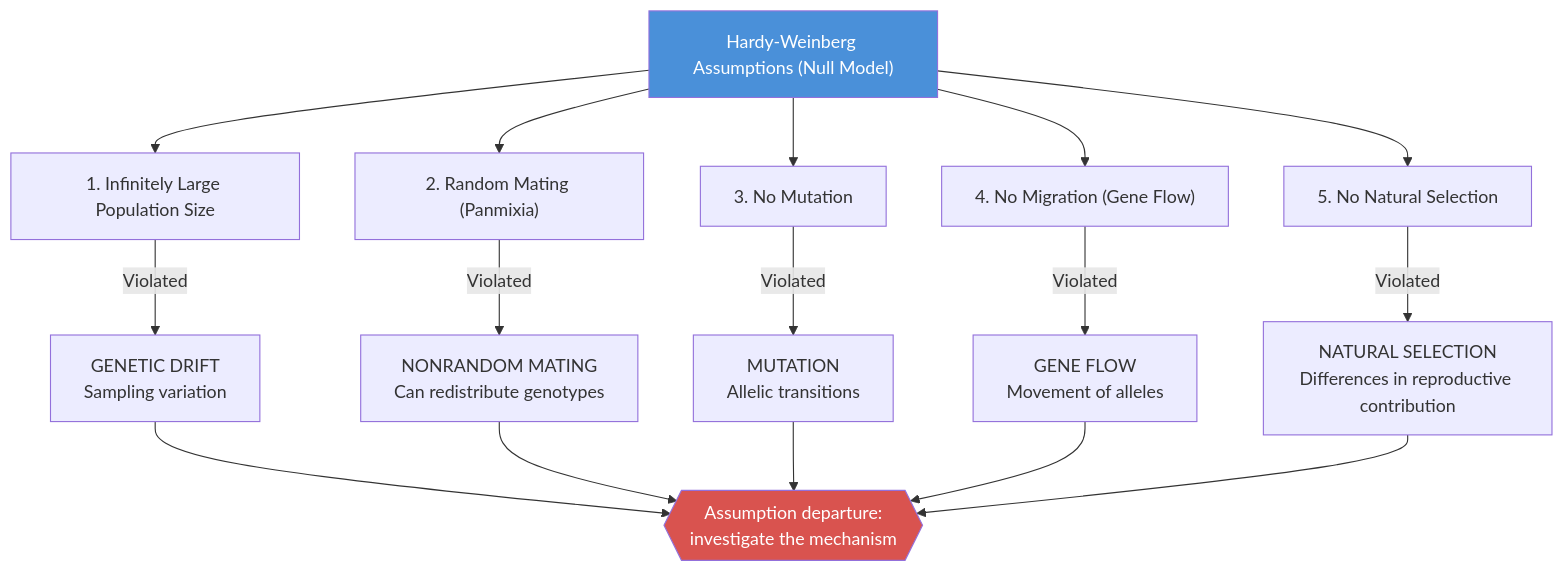
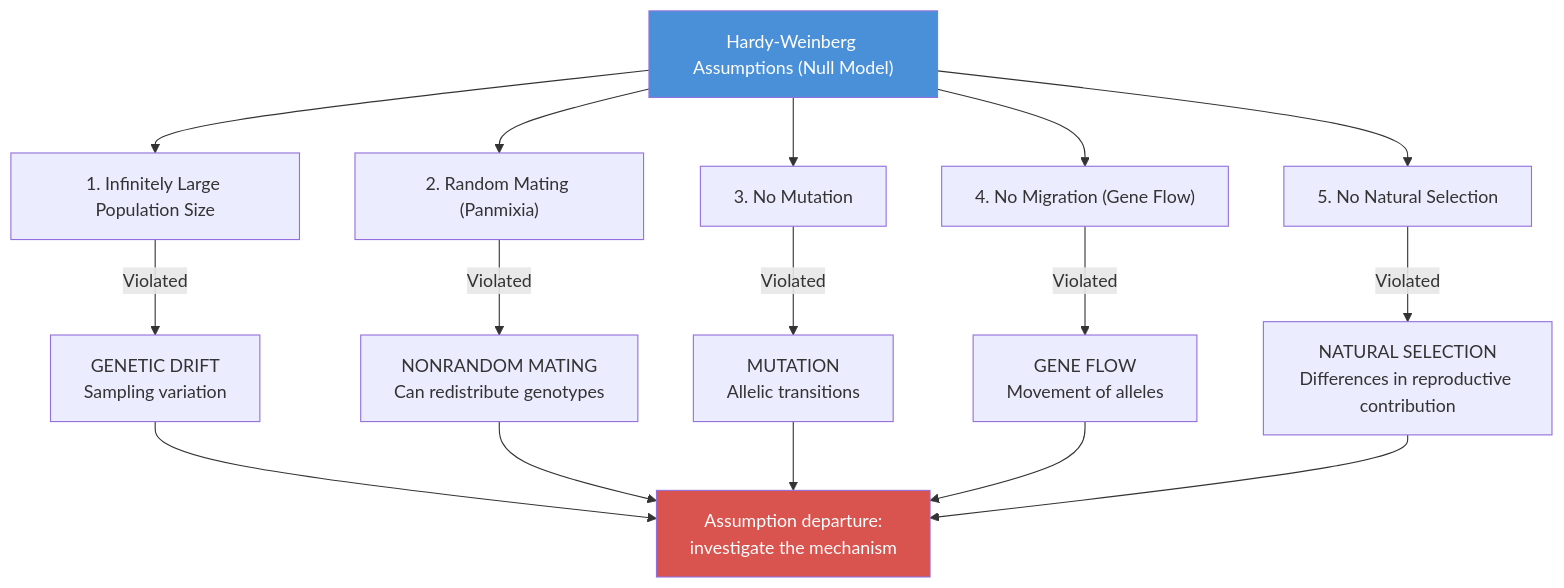
Before and after one commit to docxology/biology_textbook: the first of 4 diagrams in docs/manuscript/unit_V/population_genetics.md, drawn with Mermaid.

Commit message:
Use canonical action-node syntax for the HWE investigation graphic

````diff
--- a/docs/manuscript/unit_V/population_genetics.md
+++ b/docs/manuscript/unit_V/population_genetics.md
@@ -162,23 +162,23 @@
 ```mermaid
 flowchart TD
     A["Hardy-Weinberg Assumptions (Null Model)"] --> B["1. Infinitely Large Population Size"]
     A --> C["2. Random Mating (Panmixia)"]
     A --> D["3. No Mutation"]
     A --> E["4. No Migration (Gene Flow)"]
     A --> F["5. No Natural Selection"]
 
     B -->|Violated| G["GENETIC DRIFT<br/>Sampling variation"]
     C -->|Violated| H["NONRANDOM MATING<br/>Can redistribute genotypes"]
     D -->|Violated| I["MUTATION<br/>Allelic transitions"]
     E -->|Violated| J["GENE FLOW<br/>Movement of alleles"]
     F -->|Violated| K["NATURAL SELECTION<br/>Differences in reproductive contribution"]
 
-    G --> L{{"Assumption departure:<br/>investigate the mechanism"}}
+    G --> L["Assumption departure:<br/>investigate the mechanism"]
     H --> L
     I --> L
     J --> L
     K --> L
 
     style A fill:#4a90d9,color:#fff
     style L fill:#d9534f,color:#fff
 ```
````
